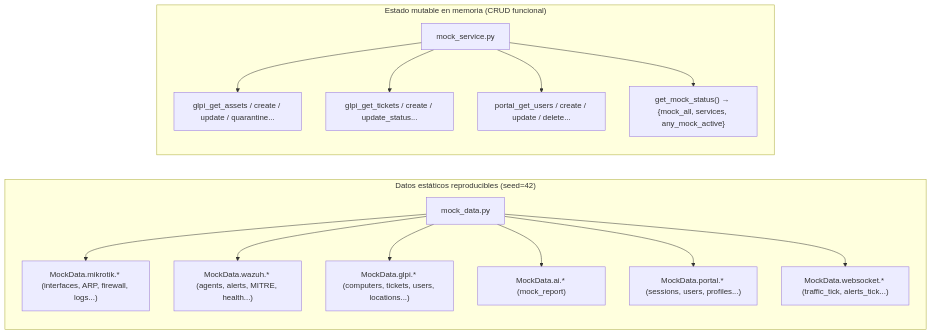
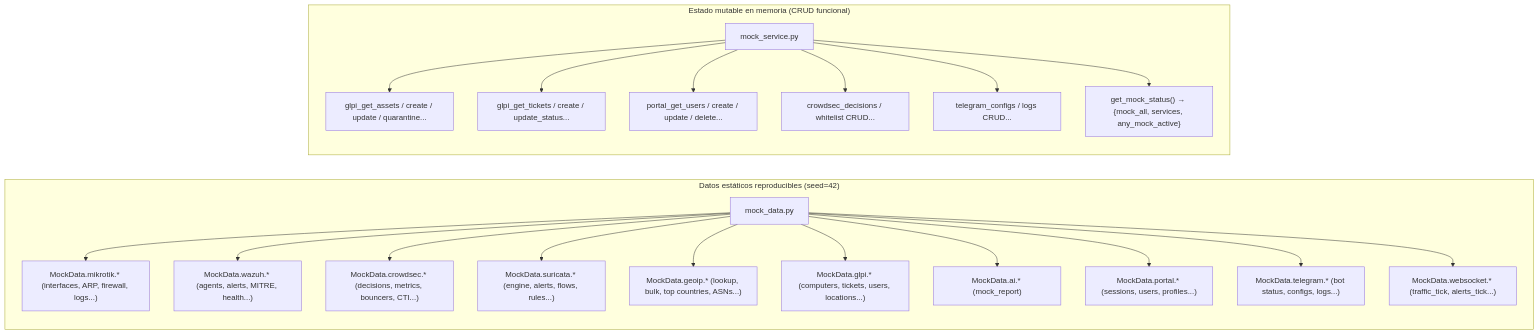
Before and after one commit to ZnivekZ/demoNetShield: the second of 2 diagrams in CONTEXT.md, drawn with Mermaid. The commit also changed other lines of this file and 83 other files, not shown here.

````diff
--- a/CONTEXT.md
+++ b/CONTEXT.md
@@ -232,20 +273,26 @@
 ```mermaid
 graph LR
     subgraph DatosEstáticos["Datos estáticos reproducibles (seed=42)"]
         MD["mock_data.py"]
         MD --> MD_MT["MockData.mikrotik.* (interfaces, ARP, firewall, logs...)"]
         MD --> MD_WZ["MockData.wazuh.* (agents, alerts, MITRE, health...)"]
+        MD --> MD_CS["MockData.crowdsec.* (decisions, metrics, bouncers, CTI...)"]
+        MD --> MD_SUR["MockData.suricata.* (engine, alerts, flows, rules...)"]
+        MD --> MD_GEO["MockData.geoip.* (lookup, bulk, top countries, ASNs...)"]
         MD --> MD_GL["MockData.glpi.* (computers, tickets, users, locations...)"]
         MD --> MD_AI["MockData.ai.* (mock_report)"]
         MD --> MD_PO["MockData.portal.* (sessions, users, profiles...)"]
+        MD --> MD_TG["MockData.telegram.* (bot status, configs, logs...)"]
         MD --> MD_WS["MockData.websocket.* (traffic_tick, alerts_tick...)"]
     end
 
     subgraph EstadoMutable["Estado mutable en memoria (CRUD funcional)"]
         MS["mock_service.py"]
         MS --> MS_GL["glpi_get_assets / create / update / quarantine..."]
         MS --> MS_GLT["glpi_get_tickets / create / update_status..."]
         MS --> MS_PU["portal_get_users / create / update / delete..."]
+        MS --> MS_CS["crowdsec_decisions / whitelist CRUD..."]
+        MS --> MS_TG["telegram_configs / logs CRUD..."]
         MS --> MS_MS["get_mock_status() → {mock_all, services, any_mock_active}"]
     end
 ```
````
